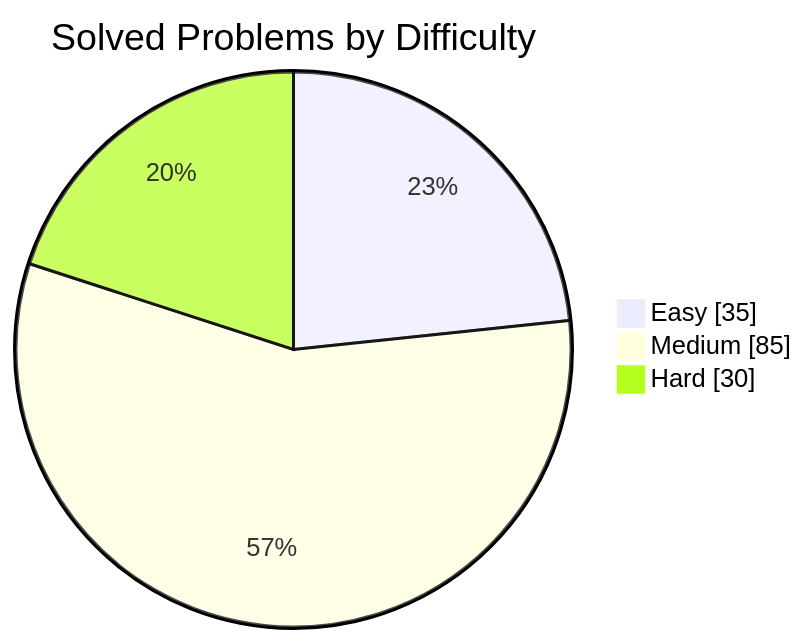
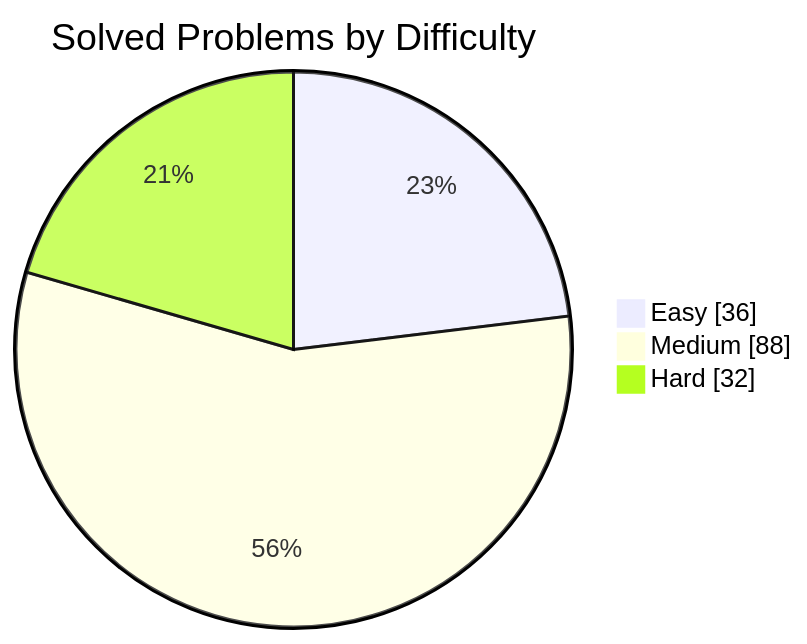
One commit to manikantbindass/DSA-Preparation-FAANG changed the first of 2 diagrams in README.md. Above: the diagram before and after it, drawn with Mermaid. The commit also changed other lines of this file, not shown here.

````diff
--- a/README.md
+++ b/README.md
@@ -38,7 +38,7 @@
 ```mermaid
 pie showData
     title Solved Problems by Difficulty
-    "Easy" : 35
-    "Medium" : 85
-    "Hard" : 30
+    "Easy" : 36
+    "Medium" : 88
+    "Hard" : 32
 ```
````
